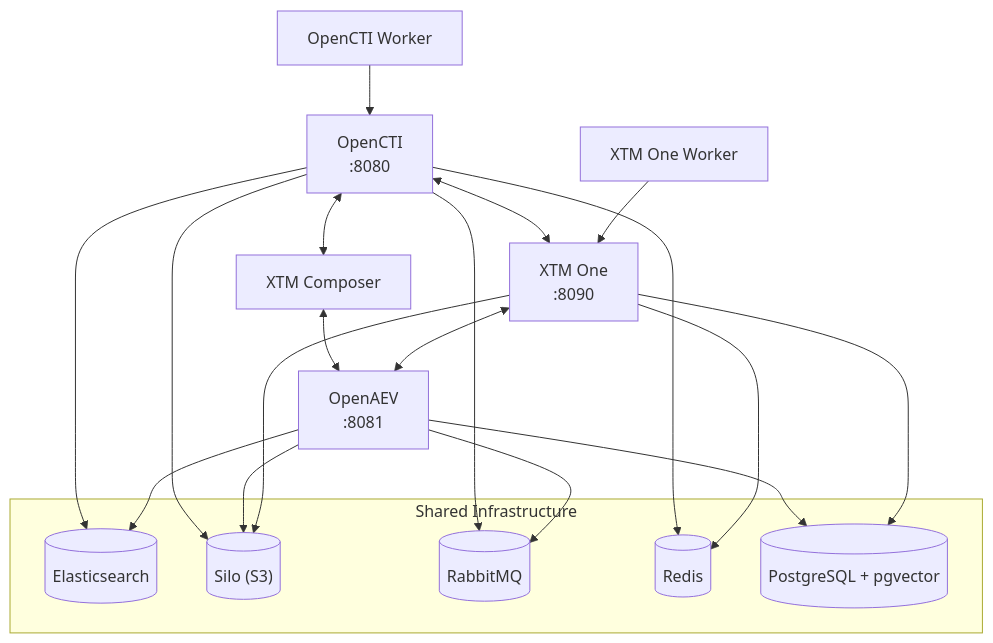
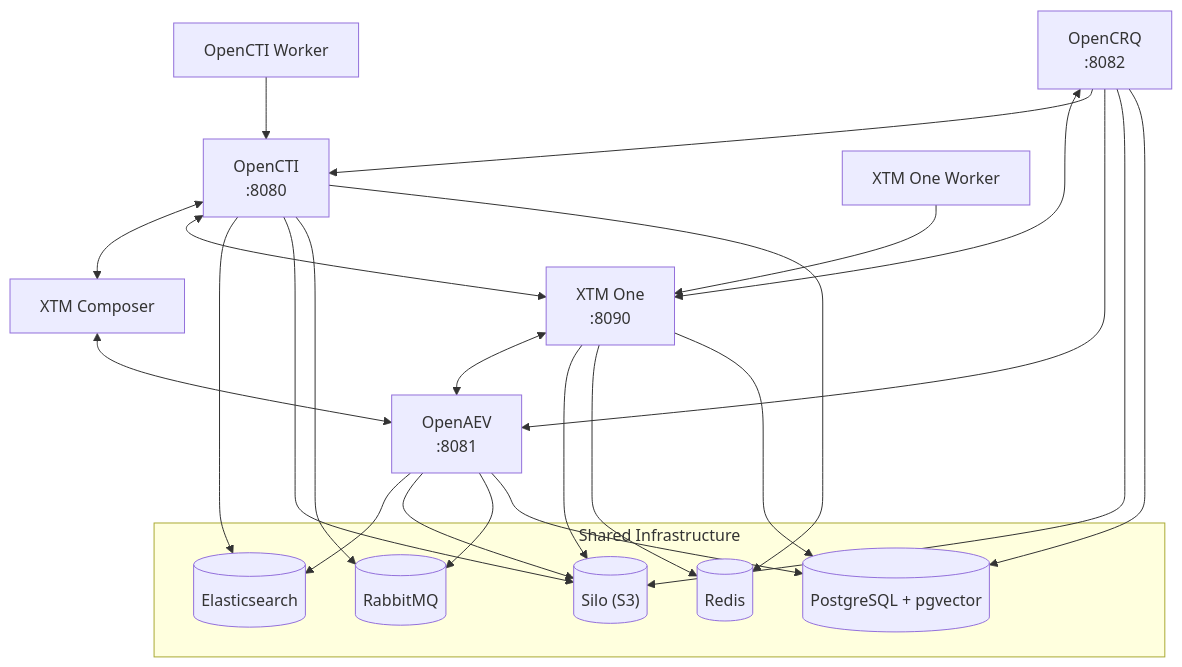
The diagram in README.md (FiligranHQ/xtm-docker), drawn with Mermaid before and after one commit. The commit also changed other lines of this file and 3 other files, not shown here.

First line of the commit message:
feat(compose): add OpenCRQ with every cross-product integration wired (#49) (#69)

````diff
--- a/README.md
+++ b/README.md
@@ -24,36 +25,42 @@
 ```mermaid
 graph TB
     OpenCTI["OpenCTI<br/>:8080"]
     OpenAEV["OpenAEV<br/>:8081"]
     XTMOne["XTM One<br/>:8090"]
     Composer["XTM Composer"]
     Worker["OpenCTI Worker"]
     XTMOneWorker["XTM One Worker"]
+    OpenCRQ["OpenCRQ<br/>:8082"]
 
     OpenCTI <--> Composer
     Composer <--> OpenAEV
     OpenCTI <--> XTMOne
     XTMOne <--> OpenAEV
     Worker --> OpenCTI
     XTMOneWorker --> XTMOne
+    OpenCRQ <--> XTMOne
+    OpenCRQ --> OpenCTI
+    OpenCRQ --> OpenAEV
 
     subgraph Shared["Shared Infrastructure"]
         ES[("Elasticsearch")]
         Silo[("Silo (S3)")]
         RabbitMQ[("RabbitMQ")]
         Redis[("Redis")]
         PG[("PostgreSQL + pgvector")]
     end
 
     OpenCTI --> ES
     OpenCTI --> Silo
     OpenCTI --> RabbitMQ
     OpenCTI --> Redis
     OpenAEV --> ES
     OpenAEV --> Silo
     OpenAEV --> RabbitMQ
     OpenAEV --> PG
     XTMOne --> Silo
     XTMOne --> Redis
     XTMOne --> PG
+    OpenCRQ --> Silo
+    OpenCRQ --> PG
 ```
````
